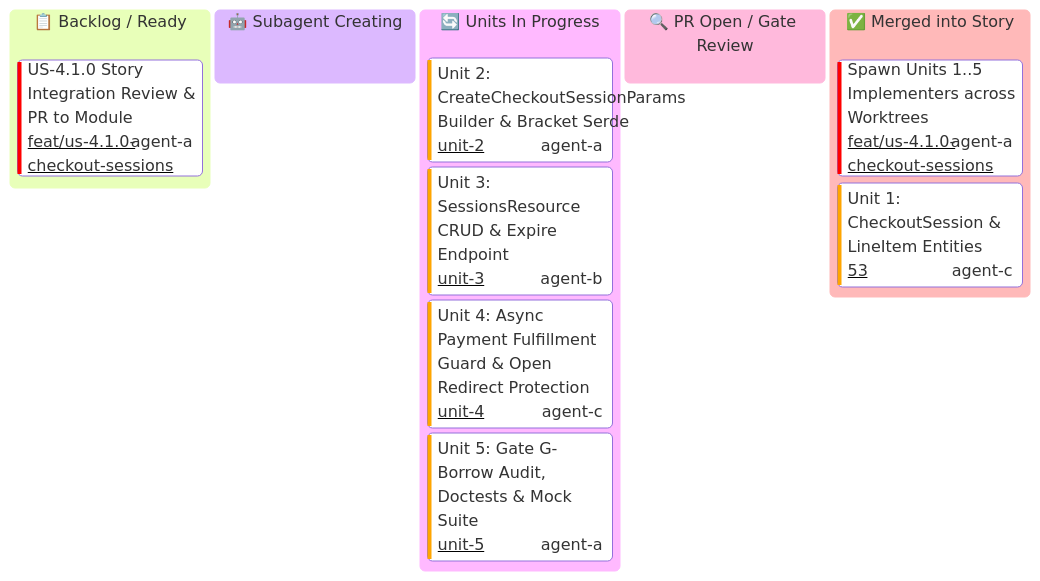
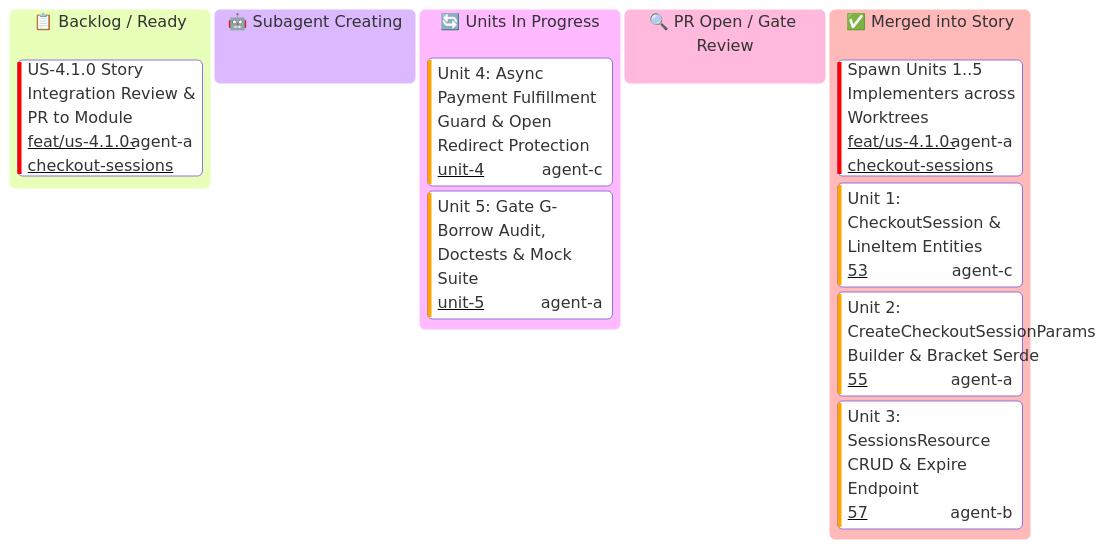
One commit to some-of-cs/some-stripe changed the diagram in docs/user-stories/module-4-hosted-checkout-and-links/US-4.1.0-KANBAN.md. Above: the diagram before and after it, drawn with Mermaid. The commit also changed other lines of this file and 7 other files, not shown here.

````diff
--- a/docs/user-stories/module-4-hosted-checkout-and-links/US-4.1.0-KANBAN.md
+++ b/docs/user-stories/module-4-hosted-checkout-and-links/US-4.1.0-KANBAN.md
@@ -14,20 +14,20 @@
 ```mermaid
 ---
 config:
   kanban:
     ticketBaseUrl: 'https://github.com/some-of-cs/some-stripe/pull/#TICKET#'
 ---
 kanban
   todo[📋 Backlog / Ready]
     s41_pr[US-4.1.0 Story Integration Review & PR to Module]@{ ticket: 'feat/us-4.1.0-checkout-sessions', assigned: 'agent-a', priority: 'Very High' }
   spawning[🤖 Subagent Creating]
   in_progress[🔄 Units In Progress]
-    u412[Unit 2: CreateCheckoutSessionParams Builder & Bracket Serde]@{ ticket: 'unit-2', assigned: 'agent-a', priority: 'High' }
-    u413[Unit 3: SessionsResource CRUD & Expire Endpoint]@{ ticket: 'unit-3', assigned: 'agent-b', priority: 'High' }
     u414[Unit 4: Async Payment Fulfillment Guard & Open Redirect Protection]@{ ticket: 'unit-4', assigned: 'agent-c', priority: 'High' }
     u415[Unit 5: Gate G-Borrow Audit, Doctests & Mock Suite]@{ ticket: 'unit-5', assigned: 'agent-a', priority: 'High' }
   review[🔍 PR Open / Gate Review]
   done[✅ Merged into Story]
     s41_spawn_units[Spawn Units 1..5 Implementers across Worktrees]@{ ticket: 'feat/us-4.1.0-checkout-sessions', assigned: 'agent-a', priority: 'Very High' }
     u411[Unit 1: CheckoutSession & LineItem Entities]@{ ticket: '53', assigned: 'agent-c', priority: 'High' }
+    u412[Unit 2: CreateCheckoutSessionParams Builder & Bracket Serde]@{ ticket: '55', assigned: 'agent-a', priority: 'High' }
+    u413[Unit 3: SessionsResource CRUD & Expire Endpoint]@{ ticket: '57', assigned: 'agent-b', priority: 'High' }
 ```
````
